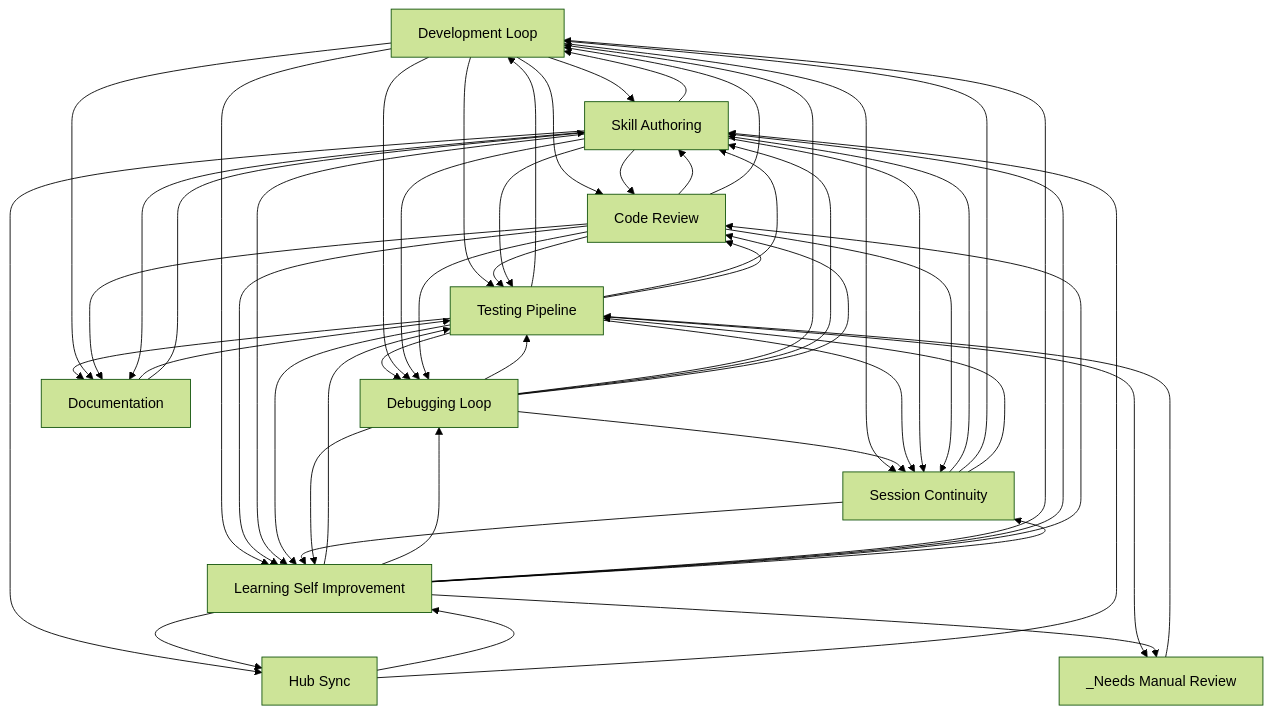
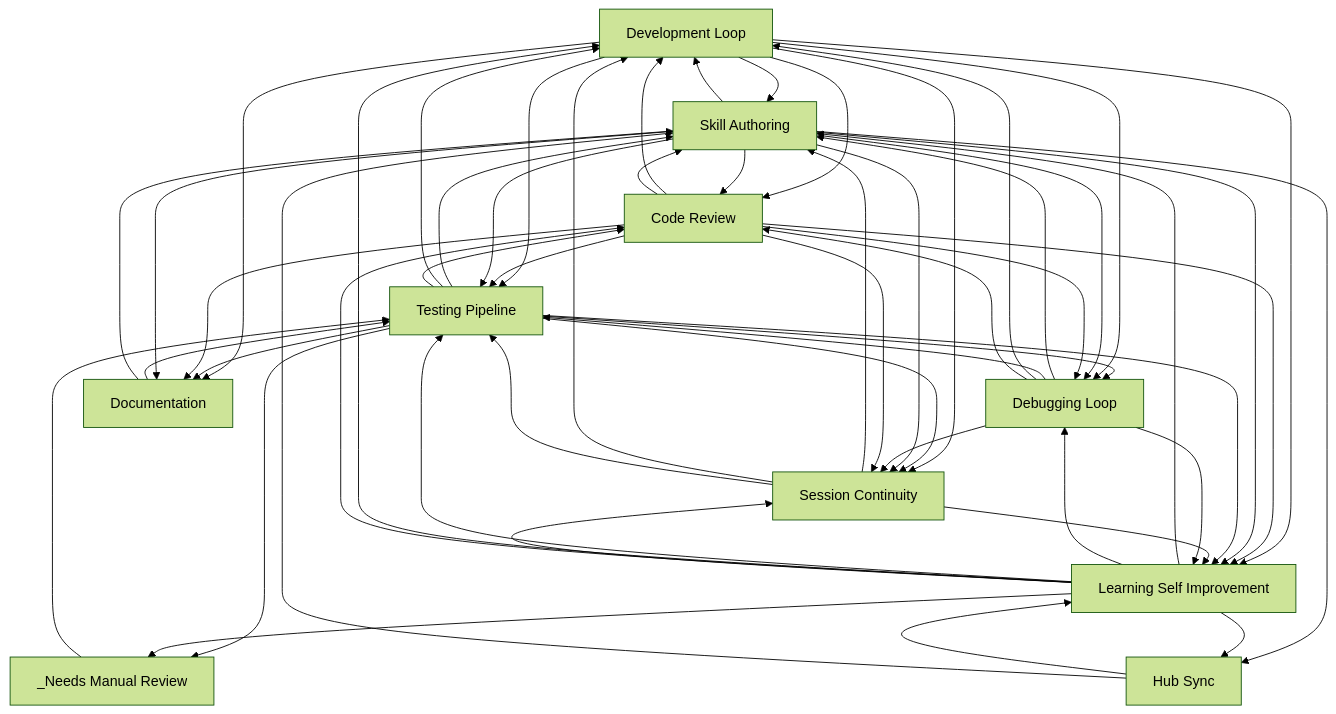
Before and after one commit to abhayla/claude-best-practices: the diagram in docs/workflows/INDEX.md, drawn with Mermaid (forest theme). The commit also changed other lines of this file and 14 other files, not shown here.

````diff
--- a/docs/workflows/INDEX.md
+++ b/docs/workflows/INDEX.md
@@ -22,66 +22,66 @@
 ```mermaid
 graph TD
     development_loop[Development Loop]
     testing_pipeline[Testing Pipeline]
     debugging_loop[Debugging Loop]
     learning_self_improvement[Learning Self Improvement]
     session_continuity[Session Continuity]
     skill_authoring[Skill Authoring]
     code_review[Code Review]
     documentation[Documentation]
     hub_sync[Hub Sync]
     _needs_manual_review[_Needs Manual Review]
     documentation --> testing_pipeline
     documentation --> skill_authoring
     development_loop --> skill_authoring
     development_loop --> code_review
+    code_review --> development_loop
     code_review --> skill_authoring
-    code_review --> development_loop
     development_loop --> testing_pipeline
     development_loop --> learning_self_improvement
     code_review --> testing_pipeline
     code_review --> learning_self_improvement
+    testing_pipeline --> skill_authoring
     testing_pipeline --> debugging_loop
     testing_pipeline --> development_loop
-    testing_pipeline --> skill_authoring
     testing_pipeline --> code_review
+    debugging_loop --> skill_authoring
     debugging_loop --> testing_pipeline
     debugging_loop --> development_loop
-    debugging_loop --> skill_authoring
     debugging_loop --> code_review
     development_loop --> debugging_loop
     skill_authoring --> development_loop
     skill_authoring --> code_review
     skill_authoring --> testing_pipeline
     skill_authoring --> learning_self_improvement
+    development_loop --> documentation
     testing_pipeline --> documentation
-    development_loop --> documentation
     code_review --> documentation
     development_loop --> session_continuity
     testing_pipeline --> _needs_manual_review
-    debugging_loop --> session_continuity
     testing_pipeline --> session_continuity
     skill_authoring --> session_continuity
+    debugging_loop --> session_continuity
     skill_authoring --> debugging_loop
+    learning_self_improvement --> skill_authoring
+    learning_self_improvement --> debugging_loop
     learning_self_improvement --> testing_pipeline
-    learning_self_improvement --> debugging_loop
     learning_self_improvement --> development_loop
-    learning_self_improvement --> skill_authoring
     learning_self_improvement --> code_review
     code_review --> debugging_loop
     testing_pipeline --> learning_self_improvement
+    code_review --> session_continuity
     learning_self_improvement --> session_continuity
-    code_review --> session_continuity
     session_continuity --> learning_self_improvement
     session_continuity --> skill_authoring
     session_continuity --> development_loop
     session_continuity --> testing_pipeline
     _needs_manual_review --> testing_pipeline
     skill_authoring --> hub_sync
     debugging_loop --> learning_self_improvement
     learning_self_improvement --> hub_sync
     learning_self_improvement --> _needs_manual_review
     hub_sync --> learning_self_improvement
     hub_sync --> skill_authoring
     skill_authoring --> documentation
 ```
````
